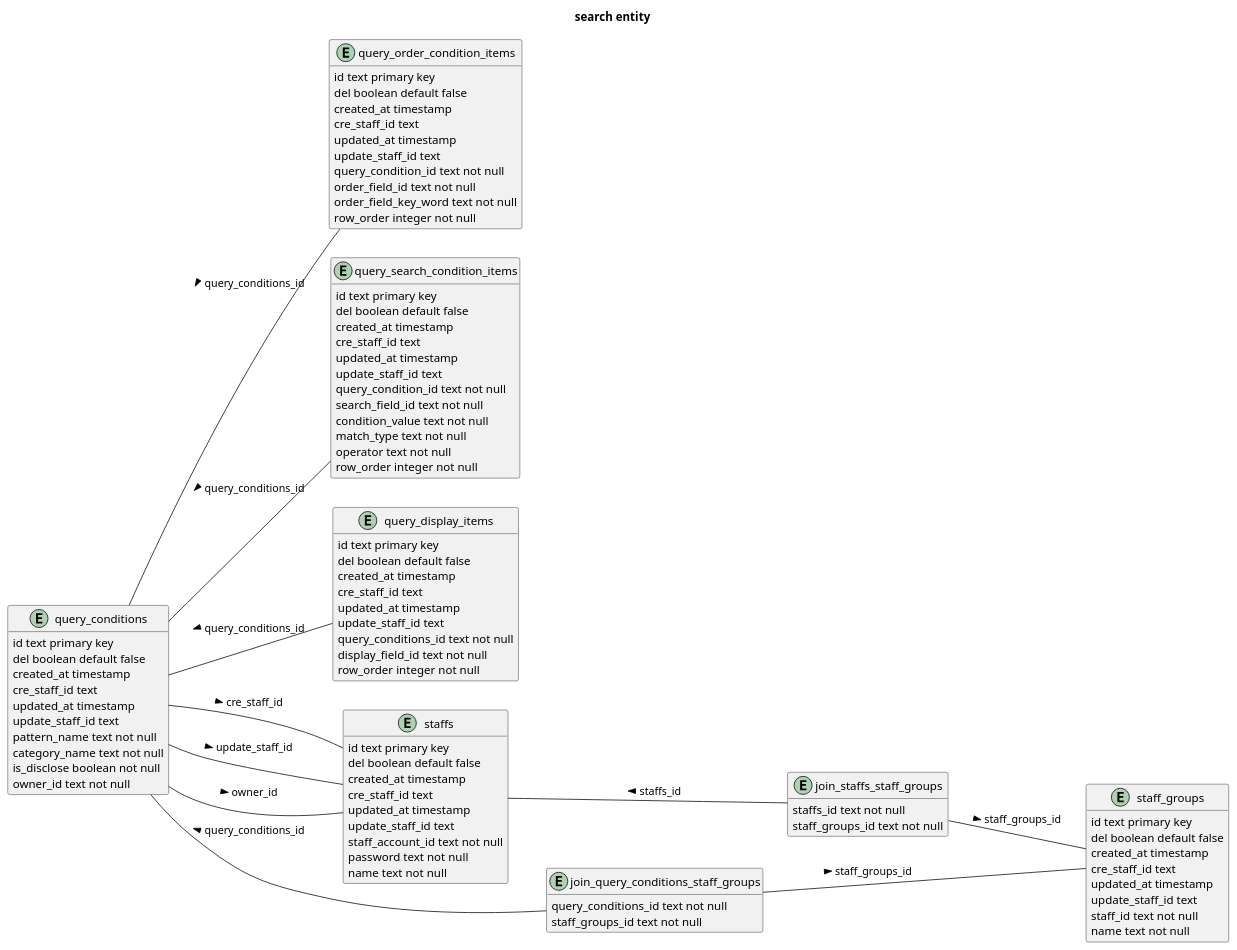
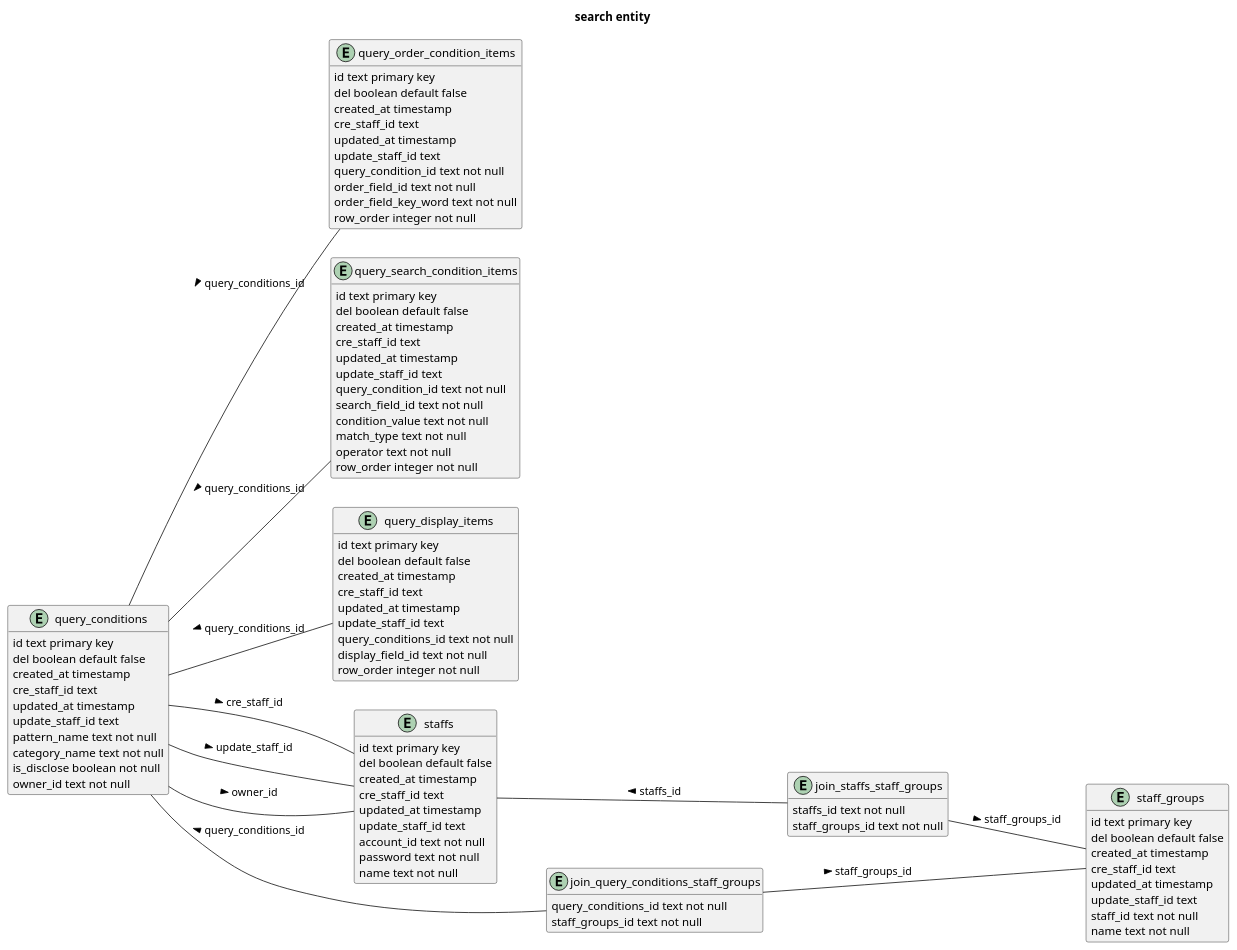
Before and after one commit to wazatoki/Regulus: the second of 2 diagrams in documents/search.md, drawn with PlantUML. The commit also changed other lines of this file and 15 other files, not shown here.

```diff
--- a/documents/search.md
+++ b/documents/search.md
@@ -209,7 +209,7 @@
 	cre_staff_id text
 	updated_at timestamp
 	update_staff_id text
-	staff_account_id text not null
+	account_id text not null
 	password text not null
 	name text not null
 }
```
